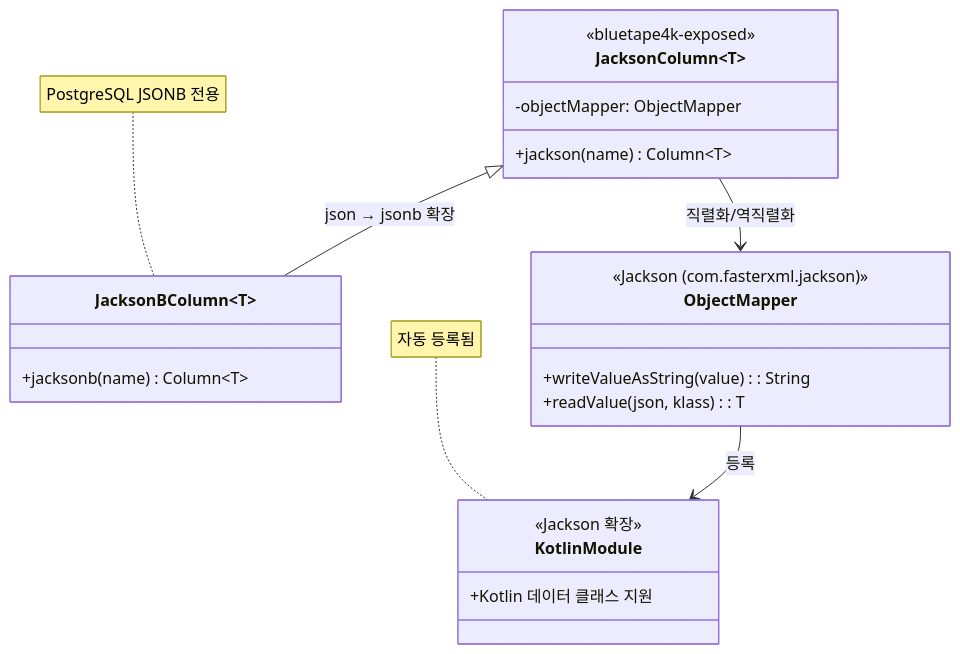
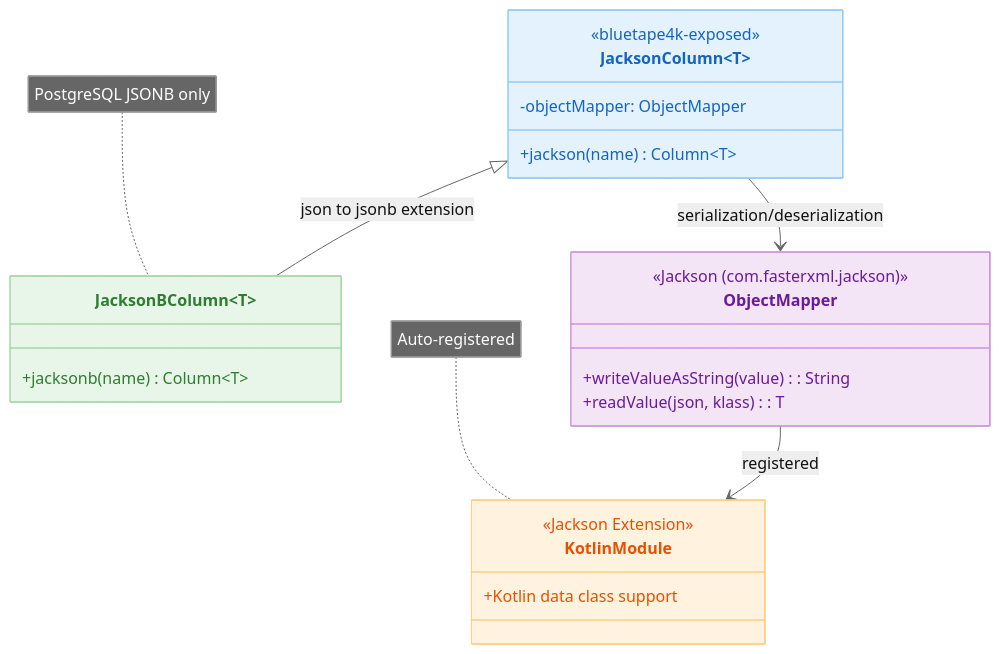
Before and after one commit to bluetape4k/exposed-r2dbc-workshop: the first of 3 diagrams in 06-advanced/08-exposed-r2dbc-jackson/README.md, drawn with Mermaid. The commit also changed other lines of this file and 63 other files, not shown here.

First line of the commit message:
docs: 전 모듈 README Mermaid UML 추가 및 영/한 이중화

````diff
--- a/06-advanced/08-exposed-r2dbc-jackson/README.md
+++ b/06-advanced/08-exposed-r2dbc-jackson/README.md
@@ -65,26 +66,32 @@
 ```mermaid
+%%{init: {"theme": "neutral"}}%%
 classDiagram
     class JacksonColumn~T~ {
         <<bluetape4k-exposed>>
         +jackson(name) Column~T~
         -objectMapper: ObjectMapper
     }
     class JacksonBColumn~T~ {
         +jacksonb(name) Column~T~
     }
-    note for JacksonBColumn "PostgreSQL JSONB 전용"
+    note for JacksonBColumn "PostgreSQL JSONB only"
     class ObjectMapper {
         <<Jackson (com.fasterxml.jackson)>>
         +writeValueAsString(value): String
         +readValue(json, klass): T
     }
     class KotlinModule {
-        <<Jackson 확장>>
-        +Kotlin 데이터 클래스 지원
+        <<Jackson Extension>>
+        +Kotlin data class support
     }
-    note for KotlinModule "자동 등록됨"
+    note for KotlinModule "Auto-registered"
 
-    JacksonColumn <|-- JacksonBColumn : json → jsonb 확장
-    JacksonColumn --> ObjectMapper : 직렬화/역직렬화
-    ObjectMapper --> KotlinModule : 등록
+    JacksonColumn <|-- JacksonBColumn : json to jsonb extension
+    JacksonColumn --> ObjectMapper : serialization/deserialization
+    ObjectMapper --> KotlinModule : registered
+
+    style JacksonColumn fill:#E3F2FD,stroke:#90CAF9,color:#1565C0
+    style JacksonBColumn fill:#E8F5E9,stroke:#A5D6A7,color:#2E7D32
+    style ObjectMapper fill:#F3E5F5,stroke:#CE93D8,color:#6A1B9A
+    style KotlinModule fill:#FFF3E0,stroke:#FFCC80,color:#E65100
 ```
````
